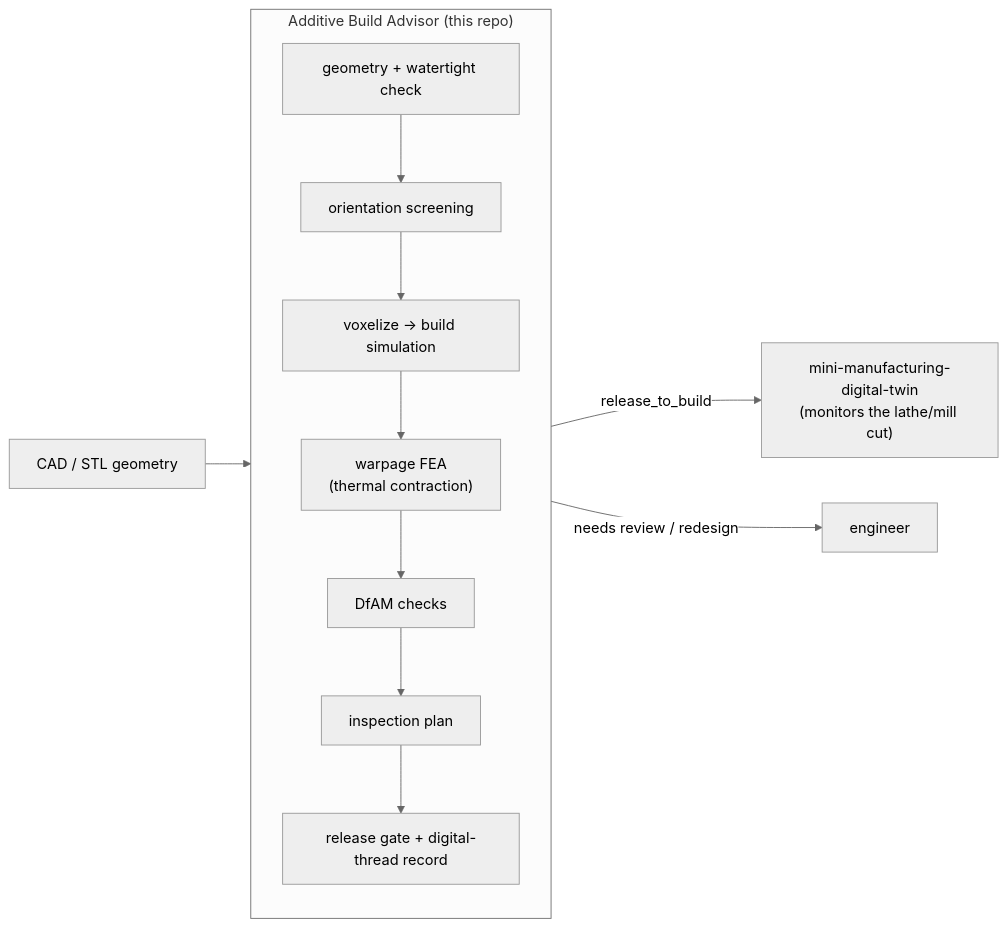
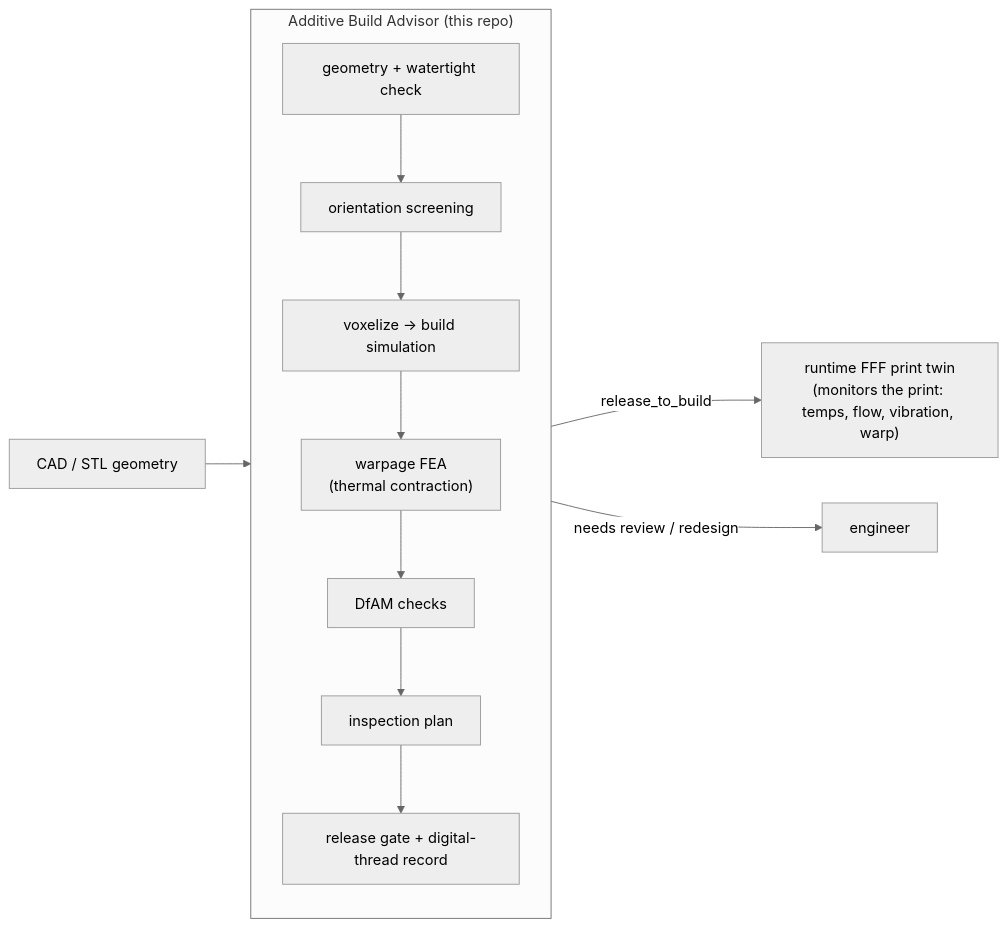
Before and after one commit to Seymurhh/additive-build-advisor: the diagram in README.md, drawn with Mermaid (neutral theme). The commit also changed other lines of this file and 11 other files, not shown here.

First line of the commit message:
Rewire the hand-off from the CNC twin to the FFF print twin; add its dashboard

````diff
--- a/README.md
+++ b/README.md
@@ -77,15 +80,15 @@
 ```mermaid
 flowchart LR
     CAD["CAD / STL geometry"] --> ABA
     subgraph ABA["Additive Build Advisor (this repo)"]
       direction TB
       G["geometry + watertight check"] --> O["orientation screening"]
       O --> V["voxelize → build simulation"]
       V --> F["warpage FEA\n(thermal contraction)"]
       F --> D["DfAM checks"]
       D --> I["inspection plan"]
       I --> R["release gate + digital-thread record"]
     end
-    R -->|release_to_build| TWIN["mini-manufacturing-digital-twin\n(monitors the lathe/mill cut)"]
+    R -->|release_to_build| TWIN["runtime FFF print twin\n(monitors the print: temps, flow, vibration, warp)"]
     R -->|needs review / redesign| HUMAN["engineer"]
 ```
````
